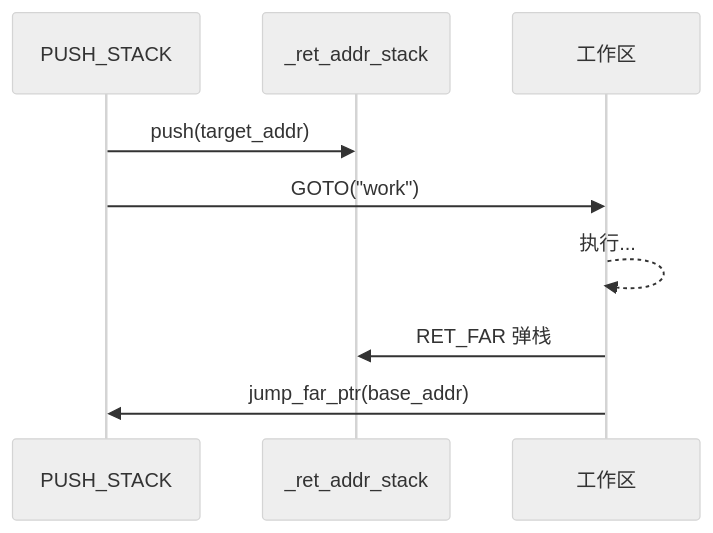
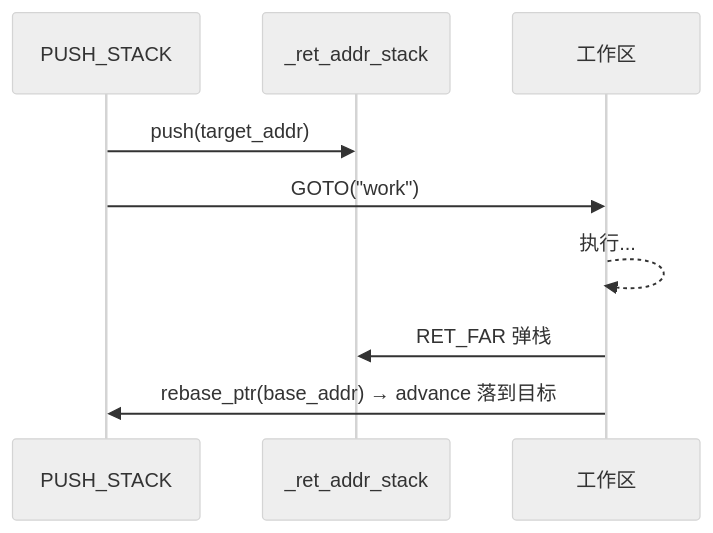
One commit to AmritaBot/AmritaSense changed the diagram in docs/zh/guide/practice/manual-stack-management.md. Above: the diagram before and after it, drawn with Mermaid (neutral theme). The commit also changed other lines of this file and 102 other files, not shown here.

````diff
--- a/docs/zh/guide/practice/manual-stack-management.md
+++ b/docs/zh/guide/practice/manual-stack-management.md
@@ -17,12 +17,12 @@
 ```mermaid
 sequenceDiagram
     participant N as PUSH_STACK
     participant S as _ret_addr_stack
     participant W as 工作区
 
     N->>S: push(target_addr)
     N->>W: GOTO("work")
     W-->>W: 执行...
     W->>S: RET_FAR 弹栈
-    W->>N: jump_far_ptr(base_addr)
+    W->>N: rebase_ptr(base_addr) → advance 落到目标
 ```
````
